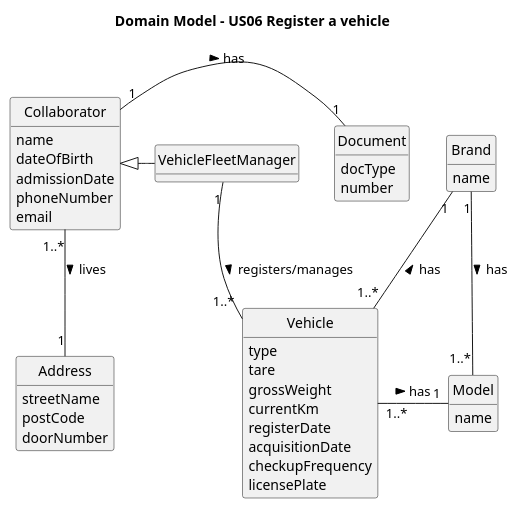
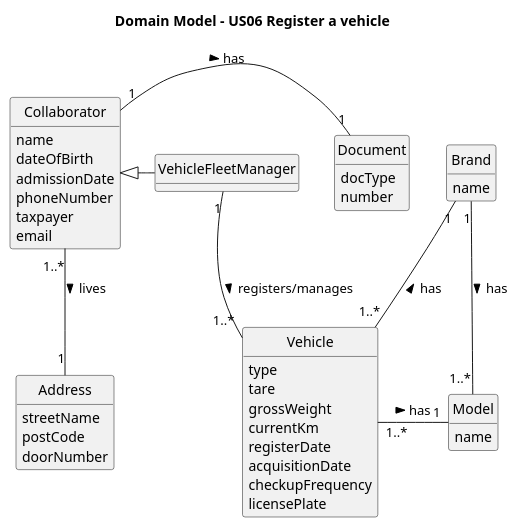
One commit to Departamento-de-Engenharia-Informatica/lei-24-s2-1db-g022 changed the diagram in docs/sprint2/us06/02.analysis/puml/us06-domain-model.puml. Above: the diagram before and after it, drawn with PlantUML. The commit also changed 3 other files, not shown here.

```diff
--- a/docs/sprint2/us06/02.analysis/puml/us06-domain-model.puml
+++ b/docs/sprint2/us06/02.analysis/puml/us06-domain-model.puml
@@ -1,63 +1,64 @@
 @startuml
 skinparam monochrome true
 skinparam packageStyle rectangle
 skinparam shadowing false
 skinparam classAttributeIconSize 0
 hide circle
 hide methods
 
 title Domain Model - US06 Register a vehicle
 
 class Collaborator {
     name
     dateOfBirth
     admissionDate
     phoneNumber
+    taxpayer
     email
 }
 
 class Document{
     docType
     number
 }
 
 class Address {
     streetName
     postCode
     doorNumber
 }
 
 class VehicleFleetManager {
 }
 
 class Brand {
      name
 }
 
 class Model {
      name
 }
 
 class Vehicle {
     type
     tare
     grossWeight
     currentKm
     registerDate
     acquisitionDate
     checkupFrequency
     licensePlate
 }
 
 Collaborator "1" - "1" Document : has >
 
 Collaborator "1..*" -- "1" Address : lives >
 
 Collaborator <|- VehicleFleetManager
 
 VehicleFleetManager "1" -- "1..*" Vehicle : registers/manages >
 Brand "1" --  "1..*" Model : has >
 Brand "1" -- "1..*" Vehicle : has <
 Vehicle "1..*" - "1" Model : has >
 
 @enduml
```
